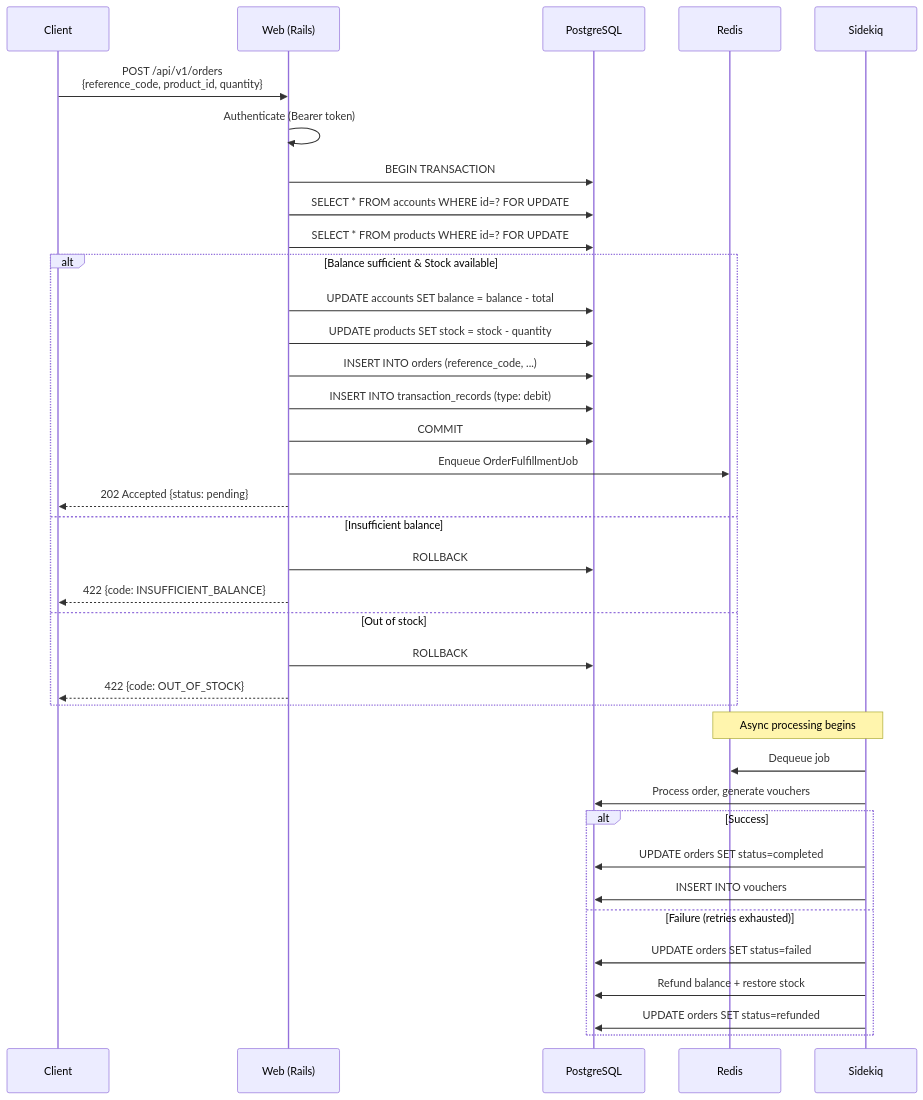
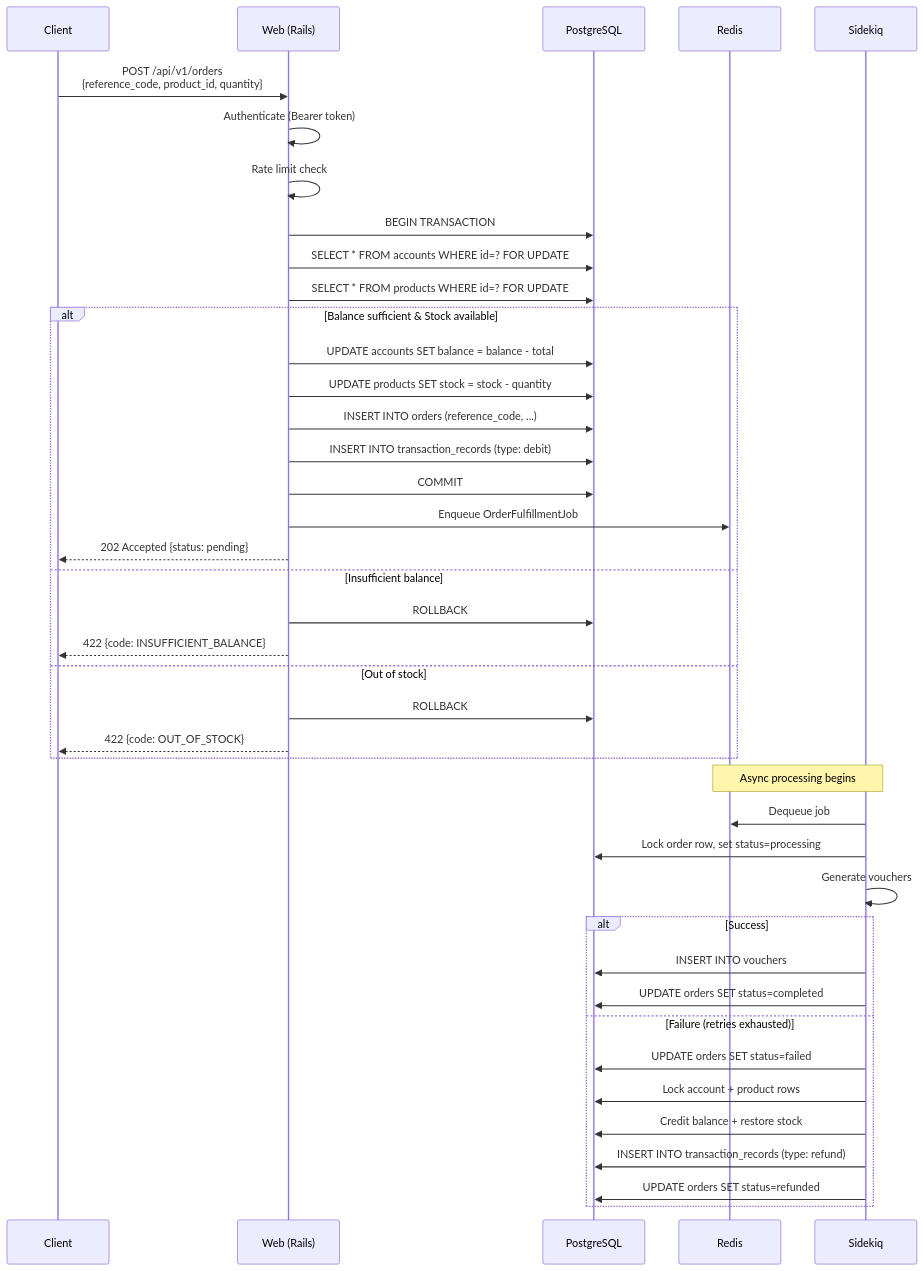
Before and after one commit to code-it-samurai/Voucher-Vendor-API-Rails: the fourth of 5 diagrams in docs/architecture.md, drawn with Mermaid. The commit also changed other lines of this file and 10 other files, not shown here.

First line of the commit message:
Docs overhaul: dark theme, auto-setup, detailed diagrams, table fixes

````diff
--- a/docs/architecture.md
+++ b/docs/architecture.md
@@ -131,44 +175,48 @@
 ```mermaid
 sequenceDiagram
     participant C as Client
     participant W as Web (Rails)
     participant DB as PostgreSQL
     participant R as Redis
     participant S as Sidekiq
 
     C->>W: POST /api/v1/orders<br/>{reference_code, product_id, quantity}
     W->>W: Authenticate (Bearer token)
+    W->>W: Rate limit check
 
     W->>DB: BEGIN TRANSACTION
     W->>DB: SELECT * FROM accounts WHERE id=? FOR UPDATE
     W->>DB: SELECT * FROM products WHERE id=? FOR UPDATE
 
     alt Balance sufficient & Stock available
         W->>DB: UPDATE accounts SET balance = balance - total
         W->>DB: UPDATE products SET stock = stock - quantity
         W->>DB: INSERT INTO orders (reference_code, ...)
         W->>DB: INSERT INTO transaction_records (type: debit)
         W->>DB: COMMIT
         W->>R: Enqueue OrderFulfillmentJob
         W-->>C: 202 Accepted {status: pending}
     else Insufficient balance
         W->>DB: ROLLBACK
         W-->>C: 422 {code: INSUFFICIENT_BALANCE}
     else Out of stock
         W->>DB: ROLLBACK
         W-->>C: 422 {code: OUT_OF_STOCK}
     end
 
     Note over S,R: Async processing begins
     S->>R: Dequeue job
-    S->>DB: Process order, generate vouchers
+    S->>DB: Lock order row, set status=processing
+    S->>S: Generate vouchers
 
     alt Success
+        S->>DB: INSERT INTO vouchers
         S->>DB: UPDATE orders SET status=completed
-        S->>DB: INSERT INTO vouchers
     else Failure (retries exhausted)
         S->>DB: UPDATE orders SET status=failed
-        S->>DB: Refund balance + restore stock
+        S->>DB: Lock account + product rows
+        S->>DB: Credit balance + restore stock
+        S->>DB: INSERT INTO transaction_records (type: refund)
         S->>DB: UPDATE orders SET status=refunded
     end
 ```
````
